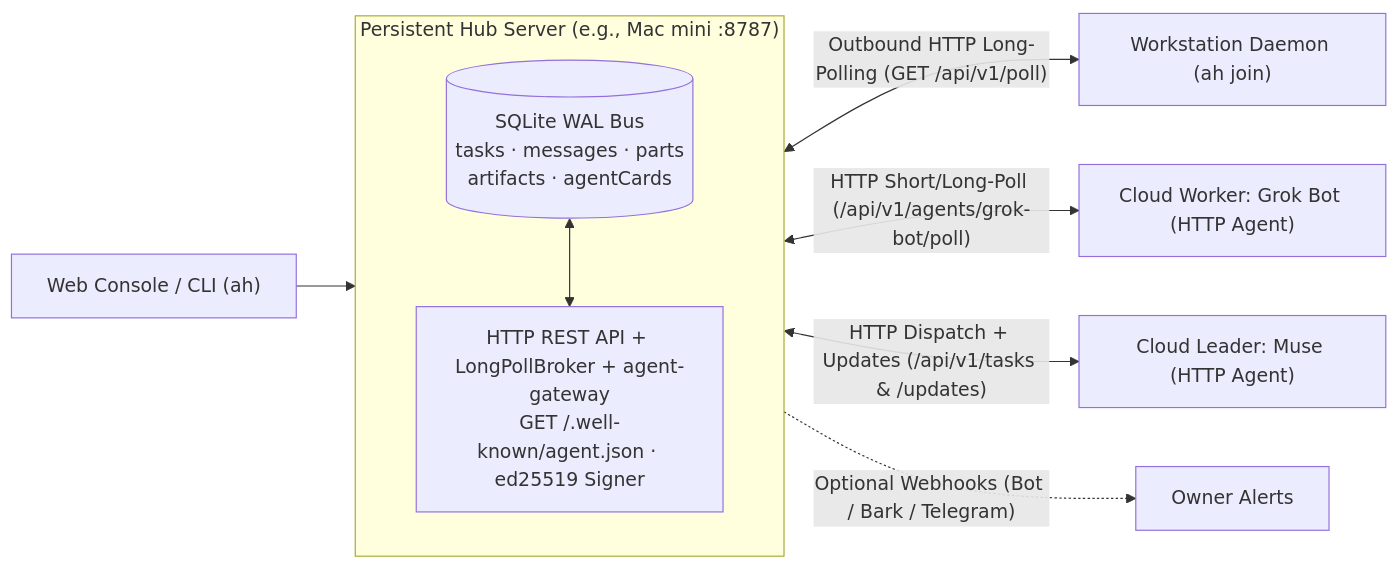
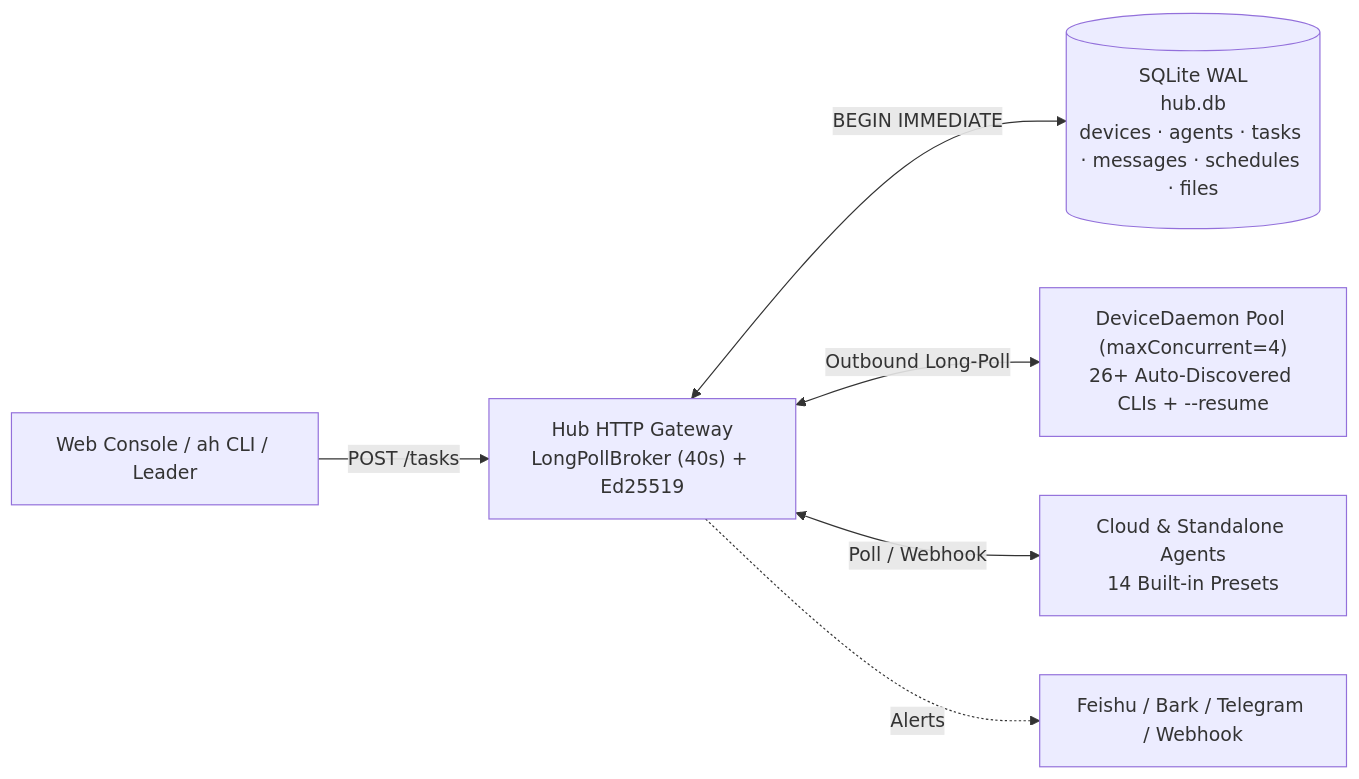
The second of 3 diagrams in README.en.md (backtomyfuture/a2a-hub), drawn with Mermaid before and after one commit. The commit also changed other lines of this file and 12 other files, not shown here.

Commit message:
docs(readme,install): rewrite bilingual READMEs, v2.0 diagrams, and zero-prereq one-line onboarding

````diff
--- a/README.en.md
+++ b/README.en.md
@@ -32,14 +174,8 @@
 ```mermaid
 flowchart LR
-    WEB["Web Console / CLI (ah)"] --> HUB
-    subgraph HUB["Persistent Hub Server (e.g., Mac mini :8787)"]
-        direction TB
-        SQL[("SQLite WAL Bus\ntasks · messages · parts\nartifacts · agentCards")]
-        API["HTTP REST API + LongPollBroker + agent-gateway\nGET /.well-known/agent.json · ed25519 Signer"]
-        SQL <--> API
-    end
-    HUB <-->|"Outbound HTTP Long-Polling (GET /api/v1/poll)"| N1["Workstation Daemon (ah join)"]
-    HUB <-->|"HTTP Short/Long-Poll (/api/v1/agents/grok-bot/poll)"| N2["Cloud Worker: Grok Bot (HTTP Agent)"]
-    HUB <-->|"HTTP Dispatch + Updates (/api/v1/tasks & /updates)"| N3["Cloud Leader: Muse (HTTP Agent)"]
-    HUB -.->|"Optional Webhooks (Bot / Bark / Telegram)"| OWNER["Owner Alerts"]
+    U["Web Console / ah CLI / Leader"] -->|POST /tasks| GW["Hub HTTP Gateway\nLongPollBroker (40s) + Ed25519"]
+    GW <-->|BEGIN IMMEDIATE| DB[("SQLite WAL\nhub.db\ndevices · agents · tasks · messages · schedules · files")]
+    GW <-->|Outbound Long-Poll| DEV["DeviceDaemon Pool (maxConcurrent=4)\n26+ Auto-Discovered CLIs + --resume"]
+    GW <-->|Poll / Webhook| CLD["Cloud & Standalone Agents\n14 Built-in Presets"]
+    GW -.->|Alerts| NTF["Feishu / Bark / Telegram / Webhook"]
 ```
````
